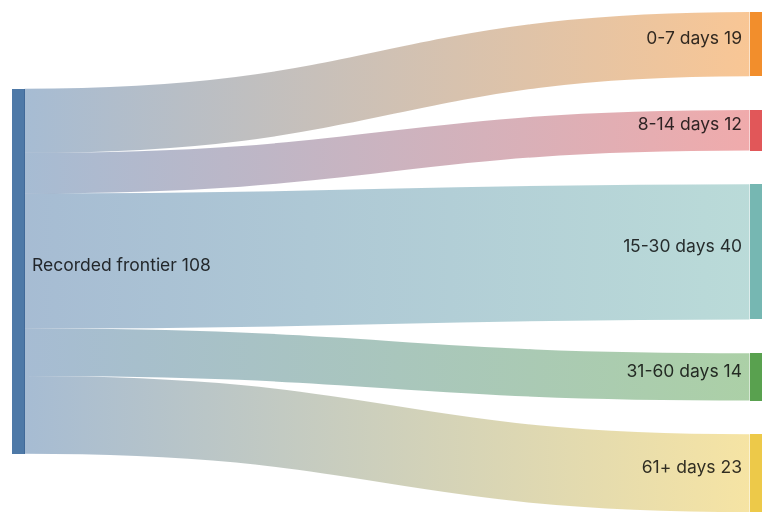
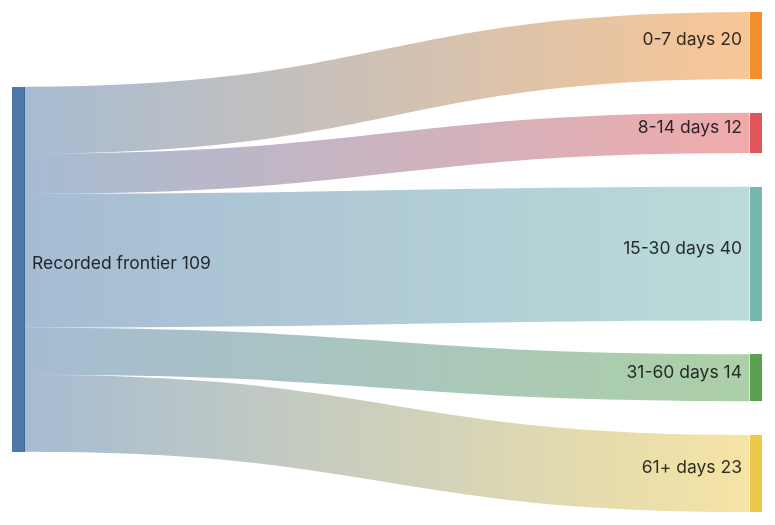
Before and after one commit to Armanasq/phd_tracker: the diagram in docs/diagrams/horizon_sankey.mmd, drawn with Mermaid. The commit also changed 33 other files, not shown here.

```diff
--- a/docs/diagrams/horizon_sankey.mmd
+++ b/docs/diagrams/horizon_sankey.mmd
@@ -1,6 +1,6 @@
 sankey-beta
-Recorded frontier,0-7 days,19
+Recorded frontier,0-7 days,20
 Recorded frontier,8-14 days,12
 Recorded frontier,15-30 days,40
 Recorded frontier,31-60 days,14
 Recorded frontier,61+ days,23
```
